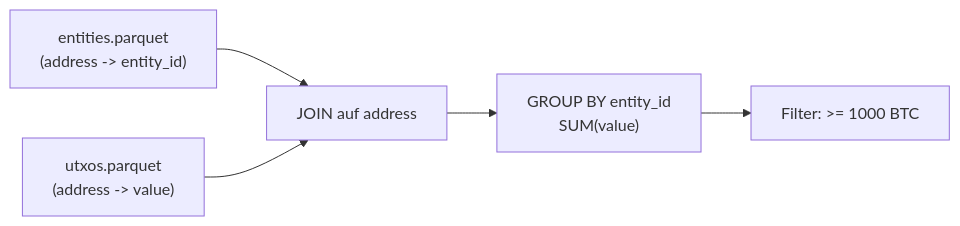
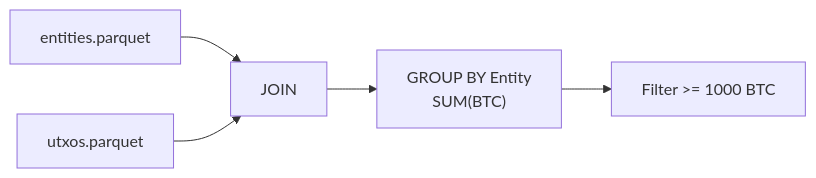
Before and after one commit to RomanRnlt/bitcoin-whale-intelligence: the second of 3 diagrams in docs/architecture.md, drawn with Mermaid. The commit also changed other lines of this file and 2 other files, not shown here.

````diff
--- a/docs/architecture.md
+++ b/docs/architecture.md
@@ -212,10 +180,7 @@
 ```mermaid
 flowchart LR
-    E["entities.parquet<br/>(address -> entity_id)"]
-    U["utxos.parquet<br/>(address -> value)"]
-
-    E --> J["JOIN auf address"]
-    U --> J
-    J --> G["GROUP BY entity_id<br/>SUM(value)"]
-    G --> W["Filter: >= 1000 BTC"]
+    E["entities.parquet"] --> J["JOIN"]
+    U["utxos.parquet"] --> J
+    J --> G["GROUP BY Entity<br/>SUM(BTC)"]
+    G --> F["Filter >= 1000 BTC"]
 ```
````
